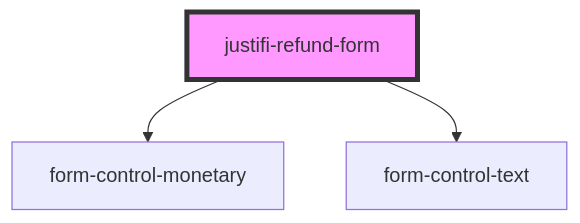
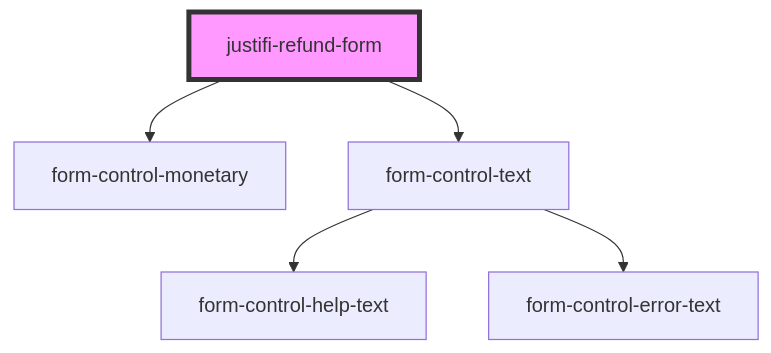
One commit to justifi-tech/web-component-library changed the diagram in packages/webcomponents/src/components/refund-form/readme.md. Above: the diagram before and after it, drawn with Mermaid. The commit also changed 32 other files, not shown here.

````diff
--- a/packages/webcomponents/src/components/refund-form/readme.md
+++ b/packages/webcomponents/src/components/refund-form/readme.md
@@ -35,6 +35,8 @@
 ```mermaid
 graph TD;
   justifi-refund-form --> form-control-monetary
   justifi-refund-form --> form-control-text
+  form-control-text --> form-control-help-text
+  form-control-text --> form-control-error-text
   style justifi-refund-form fill:#f9f,stroke:#333,stroke-width:4px
 ```
````
